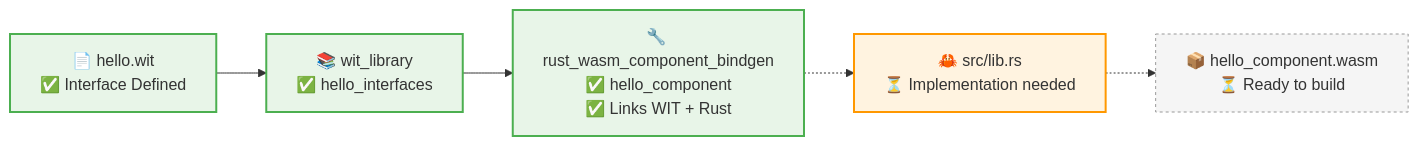
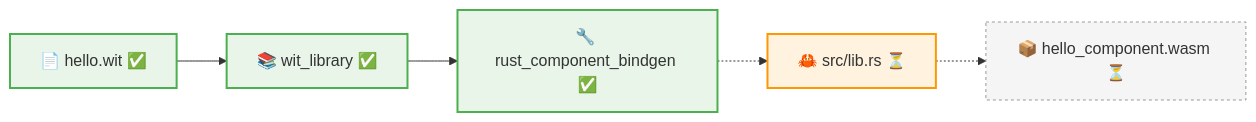
Before and after one commit to pulseengine/rules_wasm_component: the fourth of 6 diagrams in docs-site/src/content/docs/tutorials/code-explained.mdx, drawn with Mermaid. The commit also changed other lines of this file and 22 other files, not shown here.

````diff
--- a/docs-site/src/content/docs/tutorials/code-explained.mdx
+++ b/docs-site/src/content/docs/tutorials/code-explained.mdx
@@ -277,20 +277,20 @@
 ```mermaid
 flowchart LR
-    A["📄 hello.wit<br/>✅ Interface Defined"]
-    B1["📚 wit_library<br/>✅ hello_interfaces"]
-    B2["🔧 rust_wasm_component_bindgen<br/>✅ hello_component<br/>✅ Links WIT + Rust"]
+    A[📄 hello.wit ✅]
+    B1[📚 wit_library ✅]
+    B2[🔧 rust_component_bindgen ✅]
     
-    C["🦀 src/lib.rs<br/>⏳ Implementation needed"]
-    D["📦 hello_component.wasm<br/>⏳ Ready to build"]
+    C[🦀 src/lib.rs ⏳]
+    D[📦 hello_component.wasm ⏳]
     
     A --> B1
     B1 --> B2
     B2 -.-> C
     C -.-> D
     
     style A fill:#e8f5e8,stroke:#4caf50,stroke-width:2px
     style B1 fill:#e8f5e8,stroke:#4caf50,stroke-width:2px
     style B2 fill:#e8f5e8,stroke:#4caf50,stroke-width:2px
     style C fill:#fff3e0,stroke:#ff9800,stroke-width:2px
     style D fill:#f5f5f5,stroke:#999,stroke-dasharray: 3 3
 ```
````
